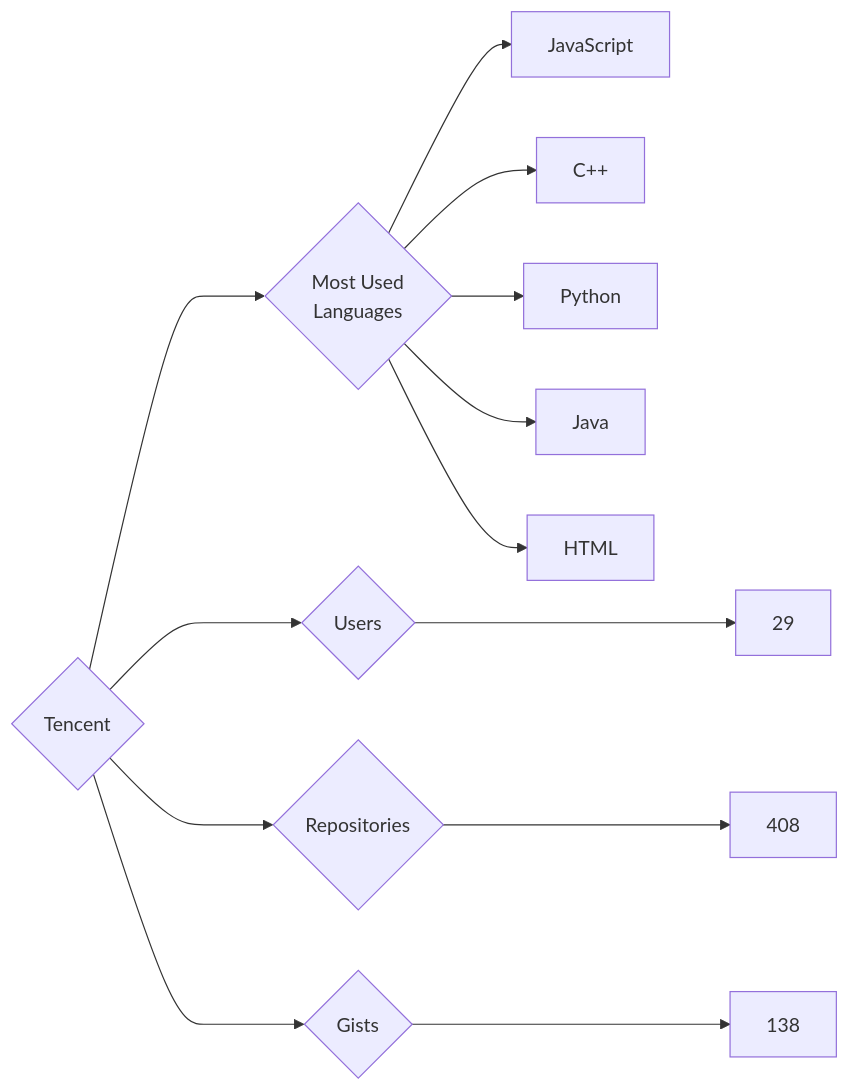
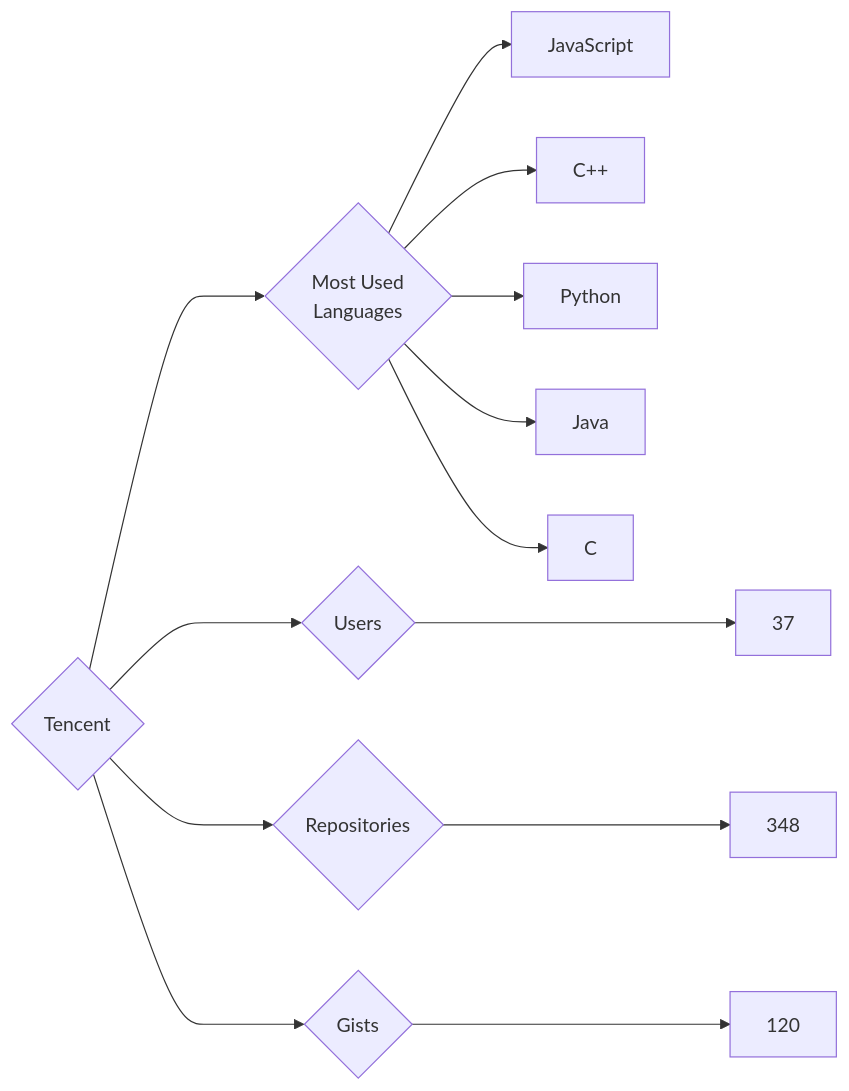
One commit to trickest/insiders changed the diagram in targets/Tencent/README.md. Above: the diagram before and after it, drawn with Mermaid. The commit also changed 829 other files, not shown here.

````diff
--- a/targets/Tencent/README.md
+++ b/targets/Tencent/README.md
@@ -3,13 +3,13 @@
 ```mermaid
 graph LR
 COMPANY_NAME{Tencent}
-COMPANY_NAME ---> U{Users} ---> UN[29]
-COMPANY_NAME ---> R{Repositories} ---> RN[408]
-COMPANY_NAME ---> G{Gists} ---> GN[138]
+COMPANY_NAME ---> U{Users} ---> UN[37]
+COMPANY_NAME ---> R{Repositories} ---> RN[348]
+COMPANY_NAME ---> G{Gists} ---> GN[120]
 COMPANY_NAME ---> ML{Most Used<br>Languages}
 ML --> JavaScript[JavaScript]
 ML --> C++[C++]
 ML --> Python[Python]
 ML --> Java[Java]
-ML --> HTML[HTML]
+ML --> C[C]
 ```
````
